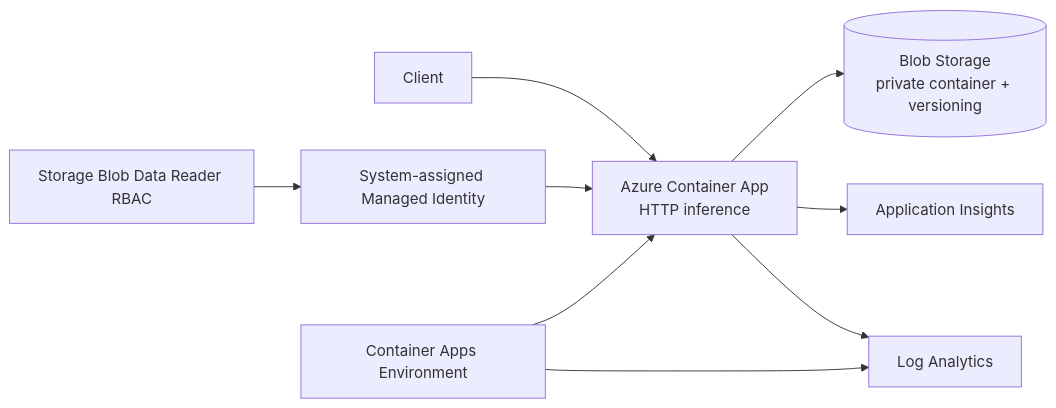
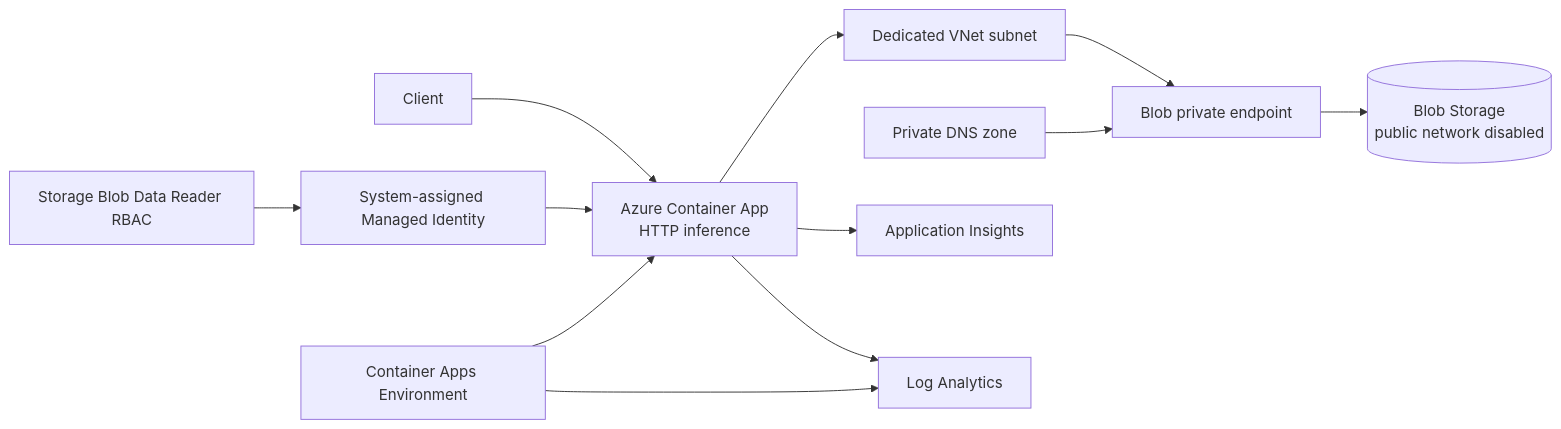
The diagram in README.md (cagataykavas/azure-ml-platform), drawn with Mermaid before and after one commit. The commit also changed other lines of this file and 4 other files, not shown here.

Commit message:
feat: isolate Azure artifact storage with Private Link

````diff
--- a/README.md
+++ b/README.md
@@ -9,11 +9,14 @@
 ```mermaid
 flowchart LR
     U[Client] --> APP[Azure Container App\nHTTP inference]
-    APP --> BLOB[(Blob Storage\nprivate container + versioning)]
+    APP --> VNET[Dedicated VNet subnet]
+    VNET --> PE[Blob private endpoint]
+    PE --> BLOB[(Blob Storage\npublic network disabled)]
+    DNS[Private DNS zone] --> PE
     APP --> AI[Application Insights]
     APP --> LAW[Log Analytics]
     MI[System-assigned Managed Identity] --> APP
     RBAC[Storage Blob Data Reader RBAC] --> MI
     ENV[Container Apps Environment] --> APP
     ENV --> LAW
 ```
````
